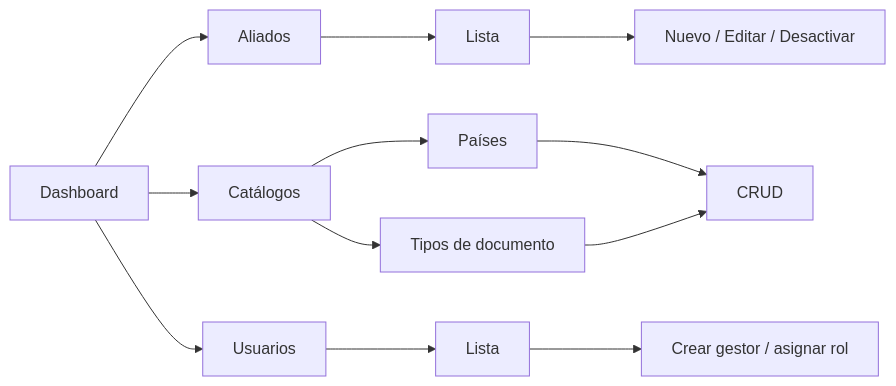
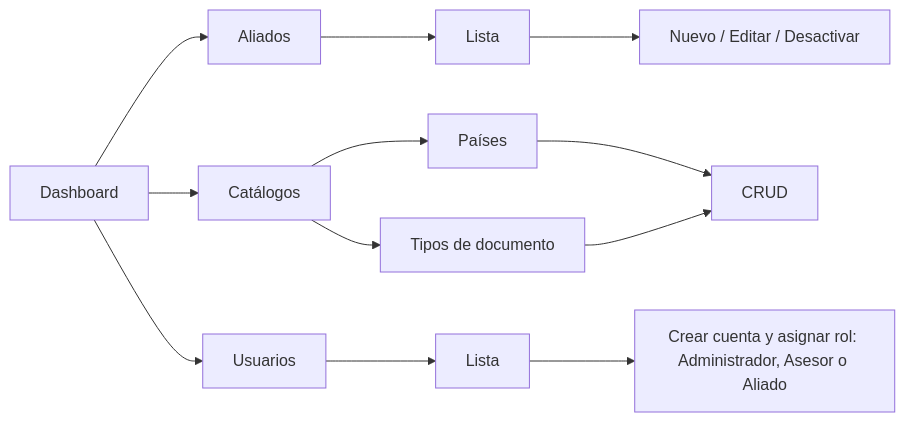
Before and after one commit to Androx2000/AliadaLegal-DAS901: the seventh of 7 diagrams in docs/ux/flujos-navegacion.md, drawn with Mermaid. The commit also changed other lines of this file and 4 other files, not shown here.

Commit message:
Corrige documentación UX: roles Administrador/Asesor/Aliado, consulta pública RF06 como Must

````diff
--- a/docs/ux/flujos-navegacion.md
+++ b/docs/ux/flujos-navegacion.md
@@ -72,10 +103,10 @@
 ```mermaid
 flowchart LR
     D[Dashboard] --> AL[Aliados]
     D --> CA[Catálogos]
     D --> US[Usuarios]
     AL --> AL1[Lista] --> AL2[Nuevo / Editar / Desactivar]
     CA --> CA1[Países] --> CA3[CRUD]
     CA --> CA2[Tipos de documento] --> CA3
-    US --> US1[Lista] --> US2[Crear gestor / asignar rol]
+    US --> US1[Lista] --> US2[Crear cuenta y asignar rol: Administrador, Asesor o Aliado]
 ```
````
